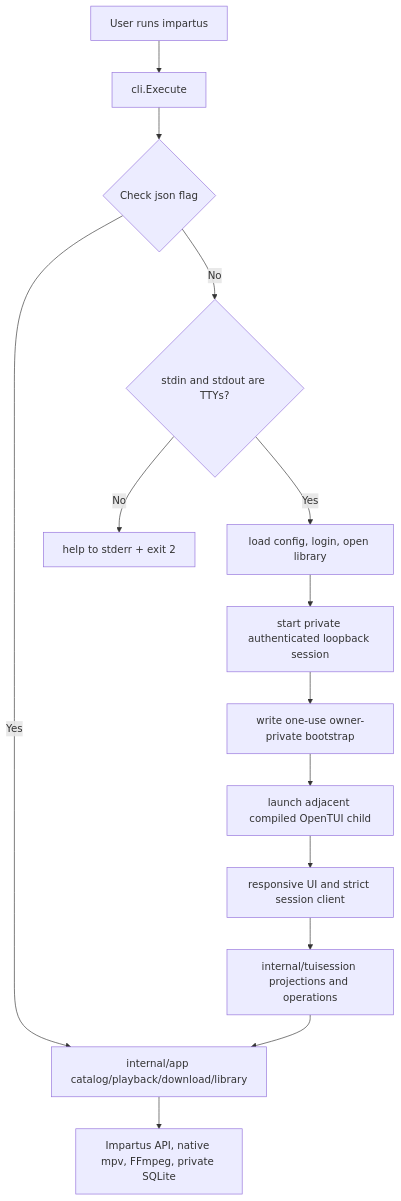
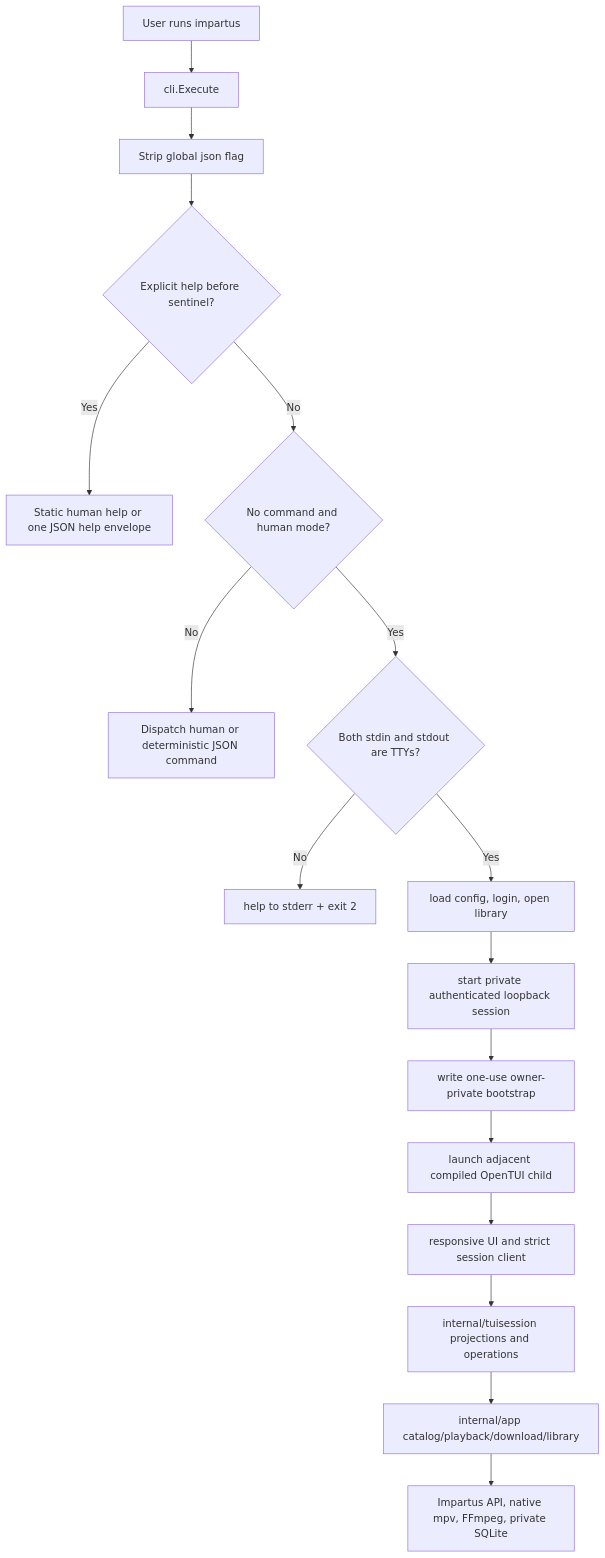
One commit to rabesss/impartus-cli changed the first of 7 diagrams in docs/architecture.md. Above: the diagram before and after it, drawn with Mermaid. The commit also changed other lines of this file and 8 other files, not shown here.

Commit message:
fix(cli): make command help explicit

````diff
--- a/docs/architecture.md
+++ b/docs/architecture.md
@@ -27,16 +31,19 @@
 ```mermaid
 flowchart TD
   A[User runs impartus] --> B[cli.Execute]
-  B --> C{Check json flag}
-  C -- Yes --> L[Dispatch deterministic JSON command]
-  C -- No --> D{stdin and stdout are TTYs?}
-  D -- No --> E[help to stderr + exit 2]
-  D -- Yes --> F[load config, login, open library]
-  F --> G[start private authenticated loopback session]
-  G --> H[write one-use owner-private bootstrap]
-  H --> I[launch adjacent compiled OpenTUI child]
-  I --> J[responsive UI and strict session client]
-  J --> K[internal/tuisession projections and operations]
-  K --> L[internal/app catalog/playback/download/library]
-  L --> M[Impartus API, native mpv, FFmpeg, private SQLite]
+  B --> C[Strip global json flag]
+  C --> D{Explicit help before sentinel?}
+  D -- Yes --> E[Static human help or one JSON help envelope]
+  D -- No --> F{No command and human mode?}
+  F -- No --> L[Dispatch human or deterministic JSON command]
+  F -- Yes --> G{Both stdin and stdout are TTYs?}
+  G -- No --> H[help to stderr + exit 2]
+  G -- Yes --> I[load config, login, open library]
+  I --> J[start private authenticated loopback session]
+  J --> K[write one-use owner-private bootstrap]
+  K --> M[launch adjacent compiled OpenTUI child]
+  M --> N[responsive UI and strict session client]
+  N --> O[internal/tuisession projections and operations]
+  O --> P[internal/app catalog/playback/download/library]
+  P --> Q[Impartus API, native mpv, FFmpeg, private SQLite]
 ```
````
